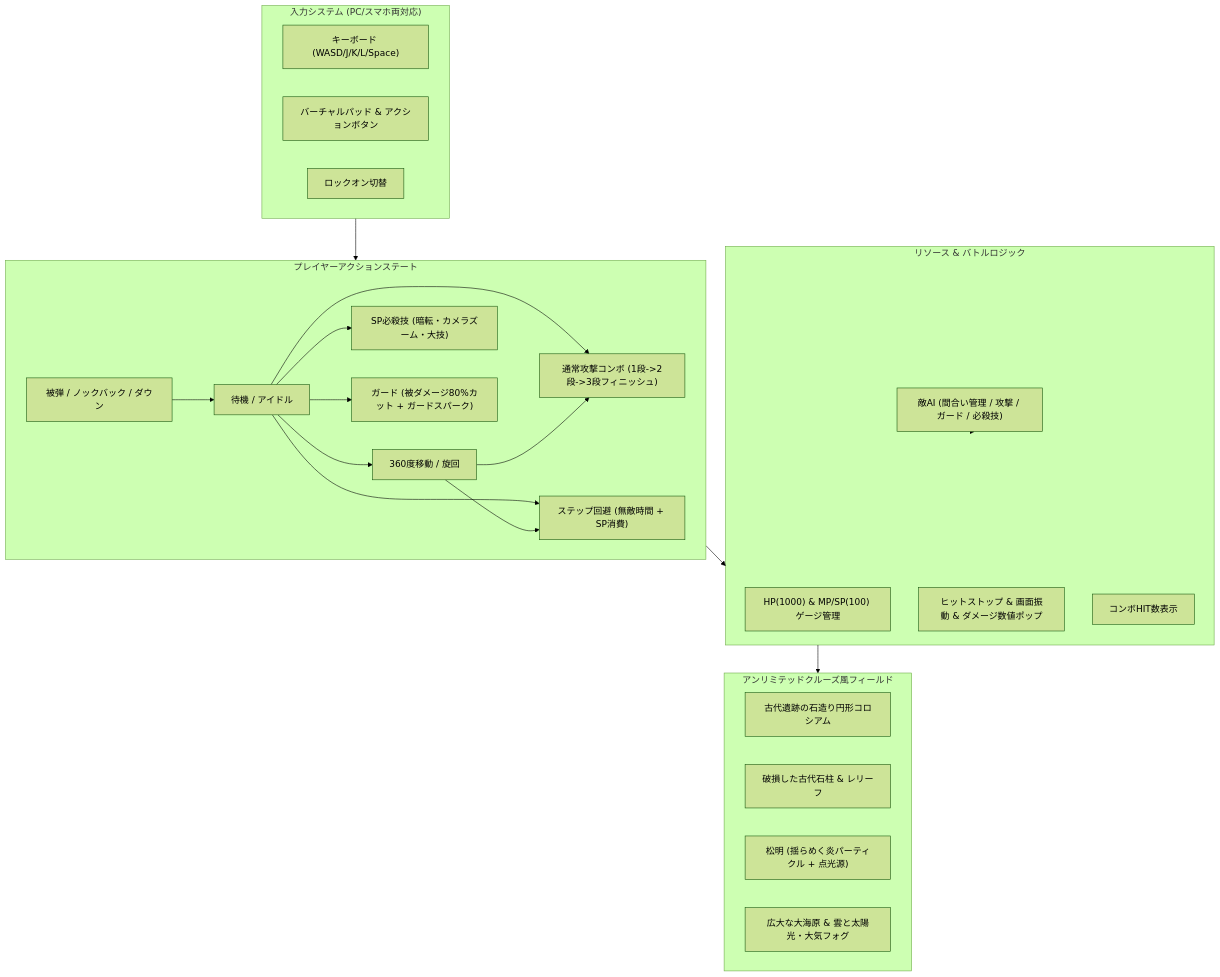
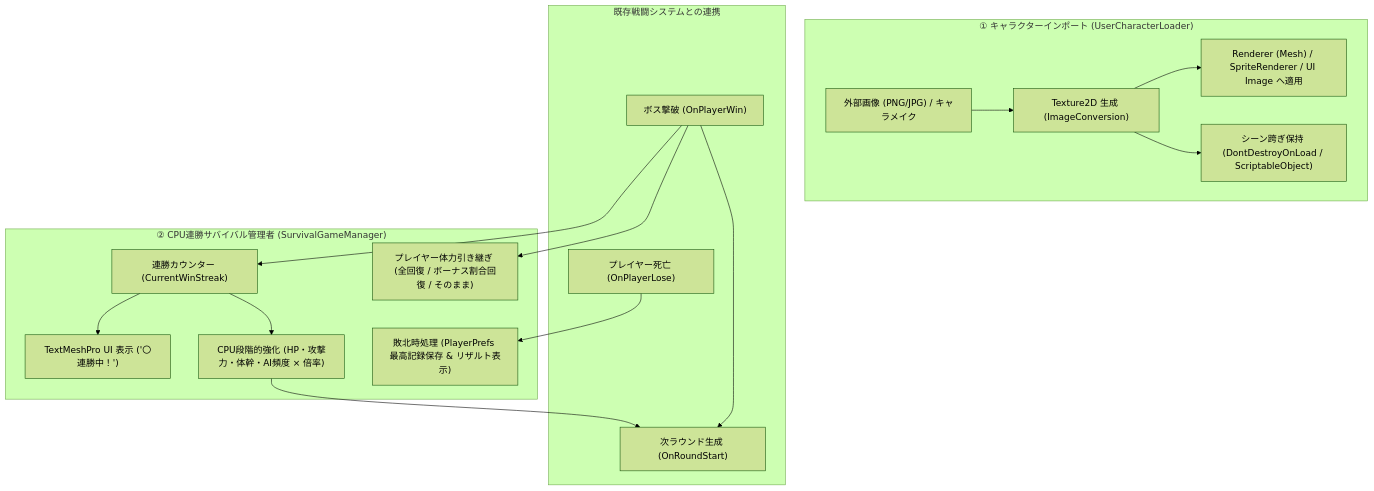
The diagram in task.md (S-Suzuki17/vrm-battle), drawn with Mermaid (forest theme) before and after one commit. The commit also changed other lines of this file and 8 other files, not shown here.

Commit message:
feat(unity): Unity 6向け自作キャラ画像インポート＆CPU連勝サバイバルシステム (UserCharacterLoader, SurvivalGameManager, CpuBattleStats, SampleBattleEntity)

````diff
--- a/task.md
+++ b/task.md
@@ -8,46 +9,35 @@
 ```mermaid
 flowchart TD
-    subgraph Input ["入力システム (PC/スマホ両対応)"]
-        Key["キーボード (WASD/J/K/L/Space)"]
-        Pad["バーチャルパッド & アクションボタン"]
-        Lock["ロックオン切替"]
+    subgraph ImportSys ["① キャラクターインポート (UserCharacterLoader)"]
+        FileSelect["外部画像 (PNG/JPG) / キャラメイク"]
+        AsyncLoad["Texture2D 生成 (ImageConversion)"]
+        Apply["Renderer (Mesh) / SpriteRenderer / UI Image へ適用"]
+        DataHolder["シーン跨ぎ保持 (DontDestroyOnLoad / ScriptableObject)"]
+        
+        FileSelect --> AsyncLoad --> Apply
+        AsyncLoad --> DataHolder
     end
 
-    subgraph PlayerControl ["プレイヤーアクションステート"]
-        Idle["待機 / アイドル"]
-        Move["360度移動 / 旋回"]
-        Combo["通常攻撃コンボ (1段->2段->3段フィニッシュ)"]
-        Special["SP必殺技 (暗転・カメラズーム・大技)"]
-        Guard["ガード (被ダメージ80%カット + ガードスパーク)"]
-        Dodge["ステップ回避 (無敵時間 + SP消費)"]
-        Damaged["被弾 / ノックバック / ダウン"]
+    subgraph SurvivalSys ["② CPU連勝サバイバル管理者 (SurvivalGameManager)"]
+        WinStreak["連勝カウンター (CurrentWinStreak)"]
+        TMP_UI["TextMeshPro UI 表示 ('〇連勝中！')"]
+        HealthCarry["プレイヤー体力引き継ぎ (全回復 / ボーナス割合回復 / そのまま)"]
+        ScaleDiff["CPU段階的強化 (HP・攻撃力・体幹・AI頻度 × 倍率)"]
+        GameOver["敗北時処理 (PlayerPrefs 最高記録保存 & リザルト表示)"]
         
-        Idle --> Move
-        Idle --> Combo
-        Idle --> Special
-        Idle --> Guard
-        Idle --> Dodge
-        Move --> Combo
-        Move --> Dodge
-        Damaged --> Idle
+        WinStreak --> TMP_UI
+        WinStreak --> ScaleDiff
     end
 
-    subgraph BattleField ["アンリミテッドクルーズ風フィールド"]
-        Stage["古代遺跡の石造り円形コロシアム"]
-        Columns["破損した古代石柱 & レリーフ"]
-        Torches["松明 (揺らめく炎パーティクル + 点光源)"]
-        SeaSky["広大な大海原 & 雲と太陽光・大気フォグ"]
+    subgraph BattleEvents ["既存戦闘システムとの連携"]
+        PlayerWin["ボス撃破 (OnPlayerWin)"]
+        PlayerLose["プレイヤー死亡 (OnPlayerLose)"]
+        NextRound["次ラウンド生成 (OnRoundStart)"]
     end
 
-    subgraph BattleEngine ["リソース & バトルロジック"]
-        HP_MP["HP(1000) & MP/SP(100) ゲージ管理"]
-        HitStop["ヒットストップ & 画面振動 & ダメージ数値ポップ"]
-        ComboCount["コンボHIT数表示"]
-        CPU_AI["敵AI (間合い管理 / 攻撃 / ガード / 必殺技)"]
-    end
-
-    Input --> PlayerControl
-    PlayerControl --> BattleEngine
-    CPU_AI --> BattleEngine
-    BattleEngine --> BattleField
+    PlayerWin --> WinStreak
+    PlayerWin --> HealthCarry
+    PlayerWin --> NextRound
+    PlayerLose --> GameOver
+    ScaleDiff --> NextRound
 ```
````
